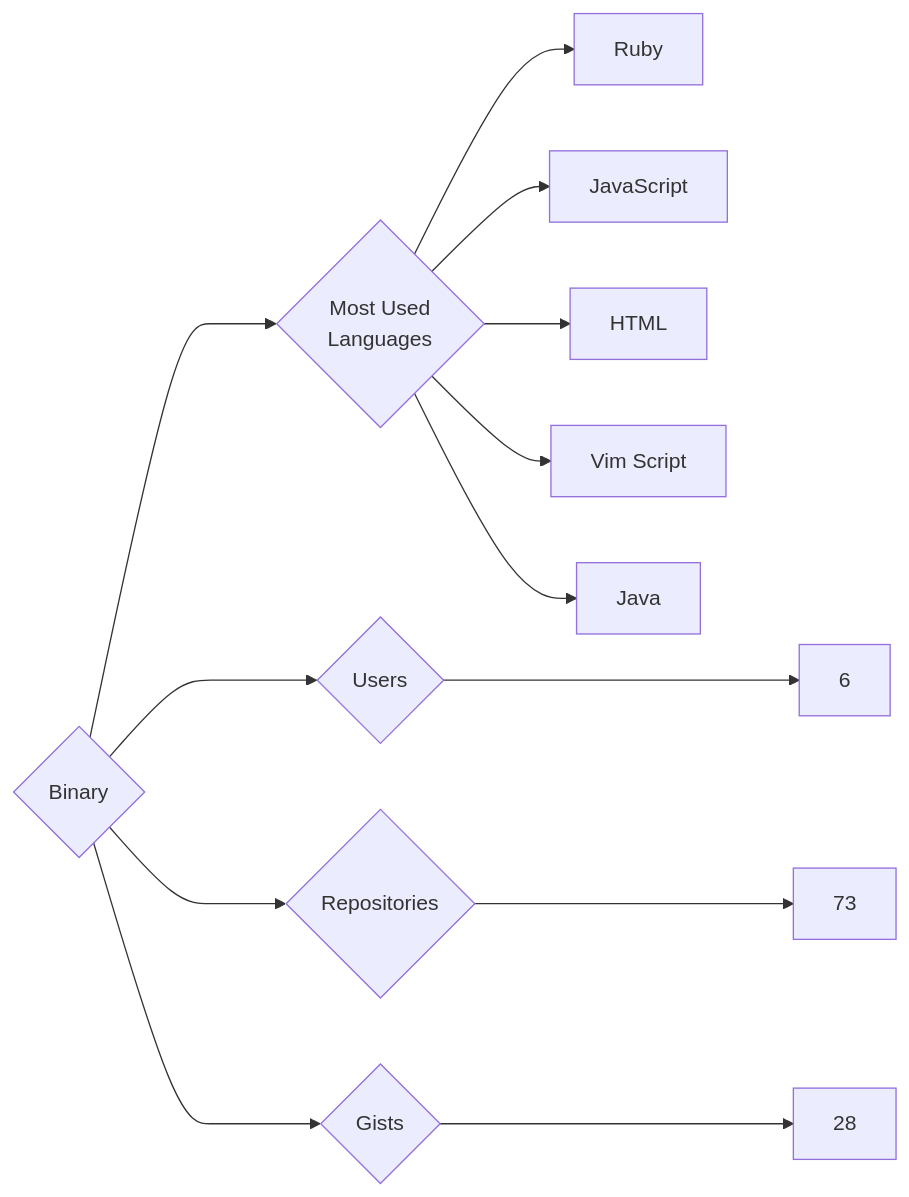
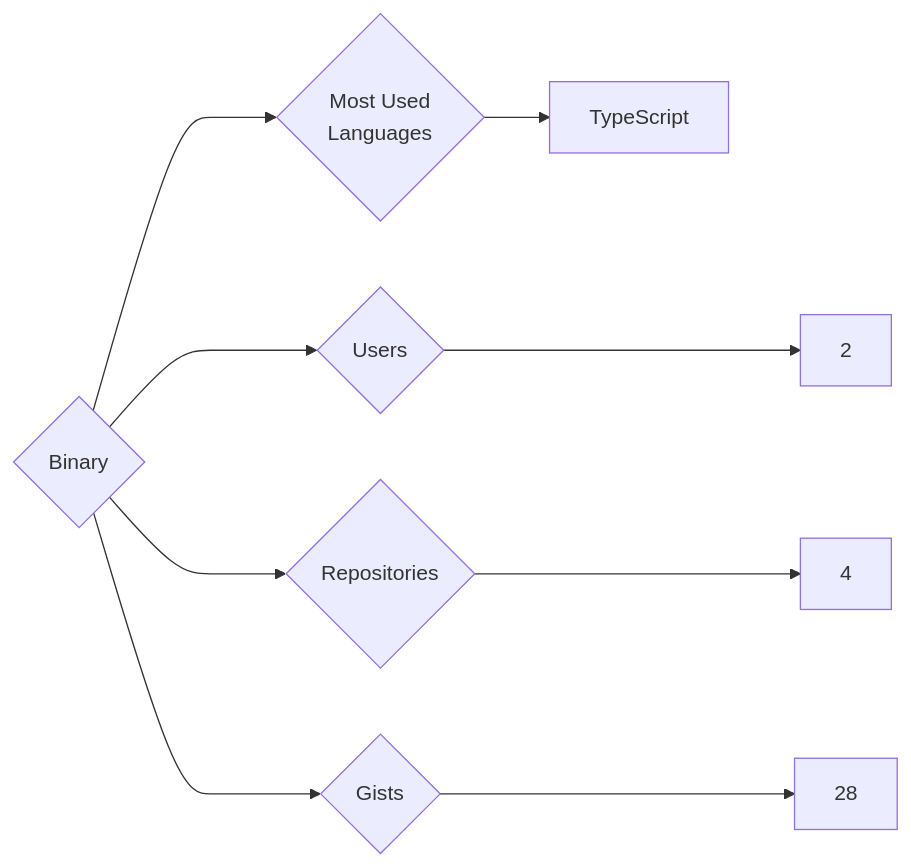
One commit to trickest/insiders changed the diagram in targets/Binary/README.md. Above: the diagram before and after it, drawn with Mermaid. The commit also changed 724 other files, not shown here.

````diff
--- a/targets/Binary/README.md
+++ b/targets/Binary/README.md
@@ -3,13 +3,9 @@
 ```mermaid
 graph LR
 COMPANY_NAME{Binary}
-COMPANY_NAME ---> U{Users} ---> UN[6]
-COMPANY_NAME ---> R{Repositories} ---> RN[73]
+COMPANY_NAME ---> U{Users} ---> UN[2]
+COMPANY_NAME ---> R{Repositories} ---> RN[4]
 COMPANY_NAME ---> G{Gists} ---> GN[28]
 COMPANY_NAME ---> ML{Most Used<br>Languages}
-ML --> Ruby[Ruby]
-ML --> JavaScript[JavaScript]
-ML --> HTML[HTML]
-ML --> Vim_Script[Vim Script]
-ML --> Java[Java]
+ML --> TypeScript[TypeScript]
 ```
````
